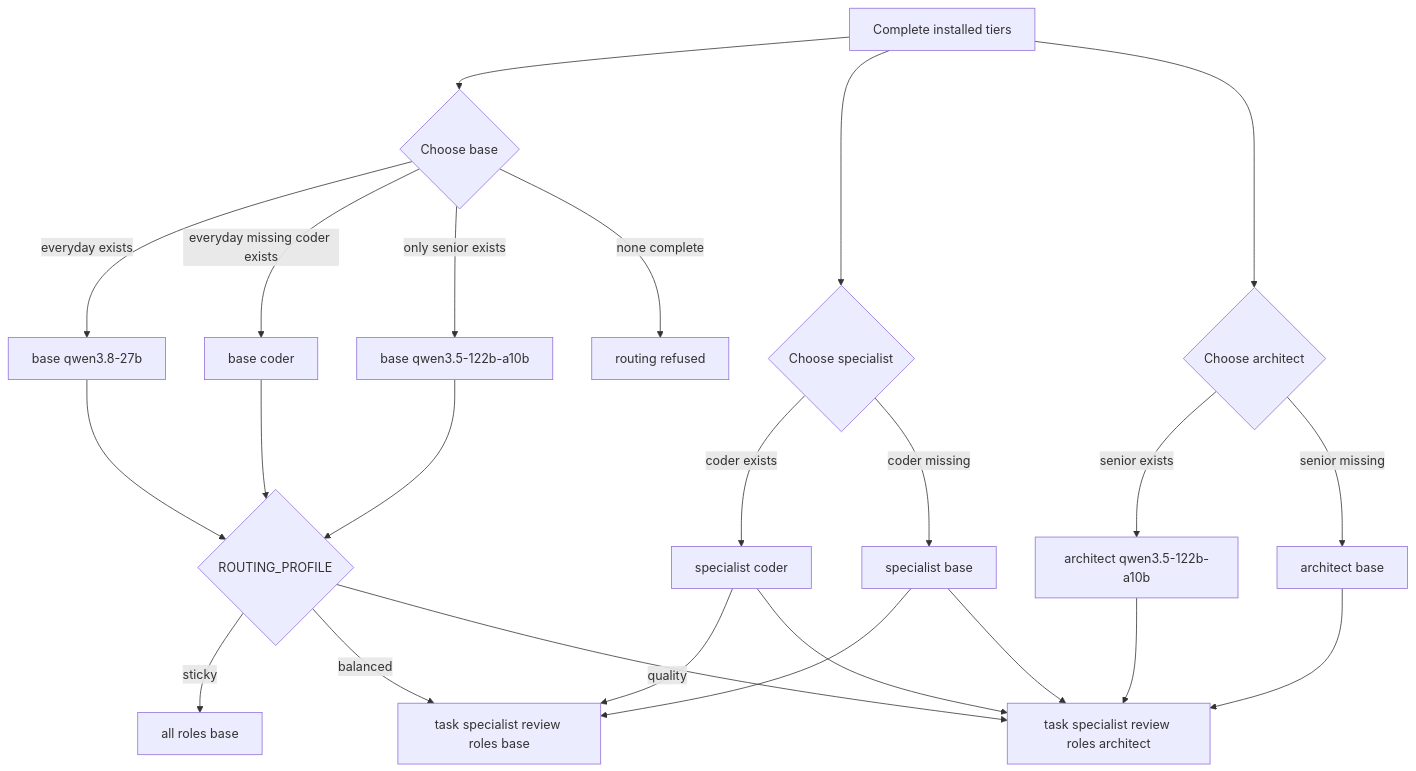
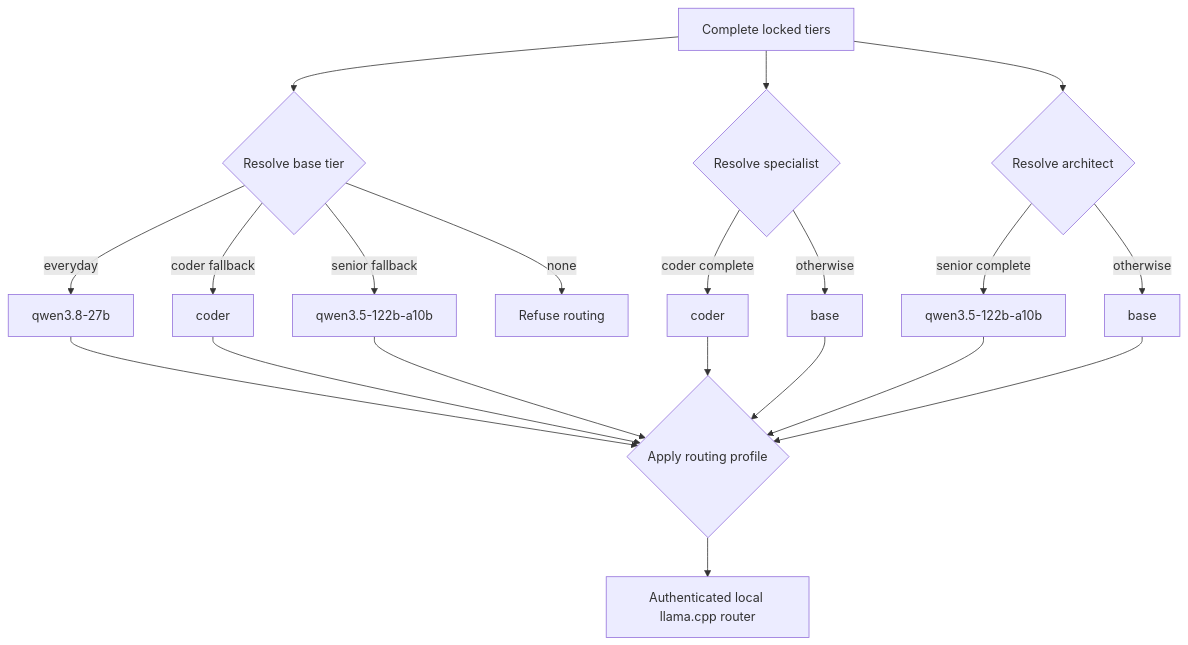
Before and after one commit to johnymontana/local-ai-setup: the diagram in openwiki/integrations/coding-agents-and-role-routing.md, drawn with Mermaid. The commit also changed other lines of this file and 23 other files, not shown here.

````diff
--- a/openwiki/integrations/coding-agents-and-role-routing.md
+++ b/openwiki/integrations/coding-agents-and-role-routing.md
@@ -84,26 +88,22 @@
 ```mermaid
 flowchart TD
-  Available["Complete installed tiers"] --> Base{"Choose base"}
-  Base -->|"everyday exists"| Everyday["base qwen3.8-27b"]
-  Base -->|"everyday missing coder exists"| CoderBase["base coder"]
-  Base -->|"only senior exists"| SeniorBase["base qwen3.5-122b-a10b"]
-  Base -->|"none complete"| Blocked["routing refused"]
-  Available --> Specialist{"Choose specialist"}
-  Specialist -->|"coder exists"| Coder["specialist coder"]
-  Specialist -->|"coder missing"| BaseSpecialist["specialist base"]
-  Available --> Architect{"Choose architect"}
-  Architect -->|"senior exists"| Senior["architect qwen3.5-122b-a10b"]
-  Architect -->|"senior missing"| BaseArchitect["architect base"]
-  Everyday --> Profile{"ROUTING_PROFILE"}
+  Tiers["Complete locked tiers"] --> Base{"Resolve base tier"}
+  Base -->|"everyday"| Everyday["qwen3.8-27b"]
+  Base -->|"coder fallback"| CoderBase["coder"]
+  Base -->|"senior fallback"| SeniorBase["qwen3.5-122b-a10b"]
+  Base -->|"none"| Blocked["Refuse routing"]
+  Tiers --> Specialist{"Resolve specialist"}
+  Specialist -->|"coder complete"| Coder["coder"]
+  Specialist -->|"otherwise"| BaseSpecialist["base"]
+  Tiers --> Architect{"Resolve architect"}
+  Architect -->|"senior complete"| Senior["qwen3.5-122b-a10b"]
+  Architect -->|"otherwise"| BaseArchitect["base"]
+  Everyday --> Profile{"Apply routing profile"}
   CoderBase --> Profile
   SeniorBase --> Profile
-  Profile -->|"sticky"| Sticky["all roles base"]
-  Profile -->|"balanced"| Balanced["task specialist review roles base"]
-  Profile -->|"quality"| Quality["task specialist review roles architect"]
-  Coder --> Balanced
-  Coder --> Quality
-  Senior --> Quality
-  BaseSpecialist --> Balanced
-  BaseSpecialist --> Quality
-  BaseArchitect --> Quality
+  Coder --> Profile
+  BaseSpecialist --> Profile
+  Senior --> Profile
+  BaseArchitect --> Profile
+  Profile --> Router["Authenticated local llama.cpp router"]
 ```
````
